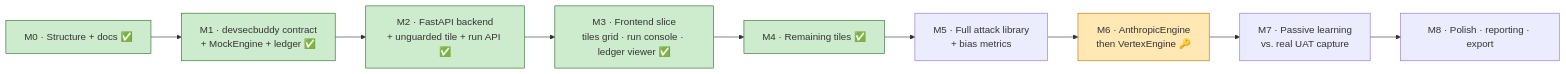
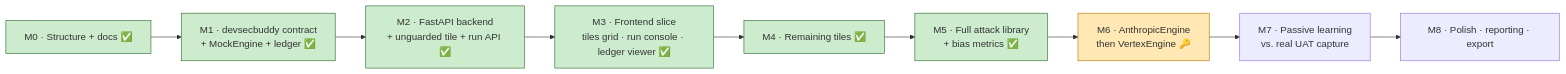
One commit to koeplinger/ai_devsecbuddy changed the diagram in docs/roadmap.md. Above: the diagram before and after it, drawn with Mermaid. The commit also changed other lines of this file and 13 other files, not shown here.

Commit message:
M5 (broaden the attack-library vectors + bias metrics)

````diff
--- a/docs/roadmap.md
+++ b/docs/roadmap.md
@@ -45,18 +45,19 @@
 ```mermaid
 graph LR
     M0["M0 · Structure + docs ✅"] --> M1["M1 · devsecbuddy contract<br/>+ MockEngine + ledger ✅"]
     M1 --> M2["M2 · FastAPI backend<br/>+ unguarded tile + run API ✅"]
     M2 --> M3["M3 · Frontend slice<br/>tiles grid · run console · ledger viewer ✅"]
     M3 --> M4["M4 · Remaining tiles ✅"]
-    M4 --> M5["M5 · Full attack library<br/>+ bias metrics"]
+    M4 --> M5["M5 · Full attack library<br/>+ bias metrics ✅"]
     M5 --> M6["M6 · AnthropicEngine<br/>then VertexEngine 🔑"]
     M6 --> M7["M7 · Passive learning<br/>vs. real UAT capture"]
     M7 --> M8["M8 · Polish · reporting · export"]
 
     style M0 fill:#cdeccd,stroke:#2d6a2d
     style M1 fill:#cdeccd,stroke:#2d6a2d
     style M2 fill:#cdeccd,stroke:#2d6a2d
     style M3 fill:#cdeccd,stroke:#2d6a2d
     style M4 fill:#cdeccd,stroke:#2d6a2d
+    style M5 fill:#cdeccd,stroke:#2d6a2d
     style M6 fill:#ffe8b3,stroke:#b37700
 ```
````
